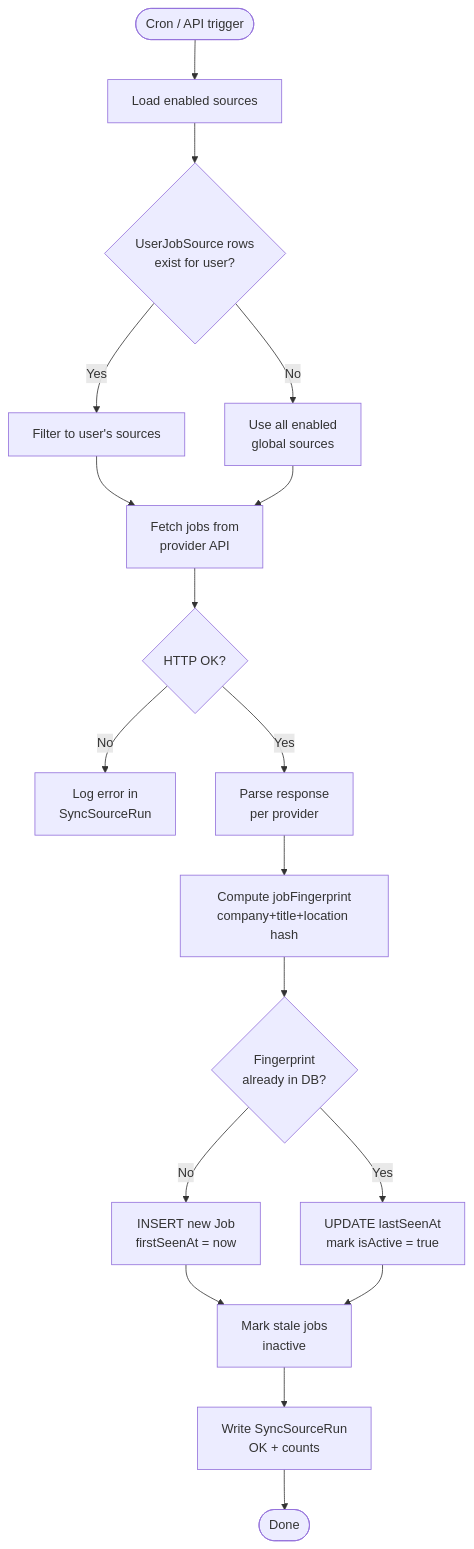
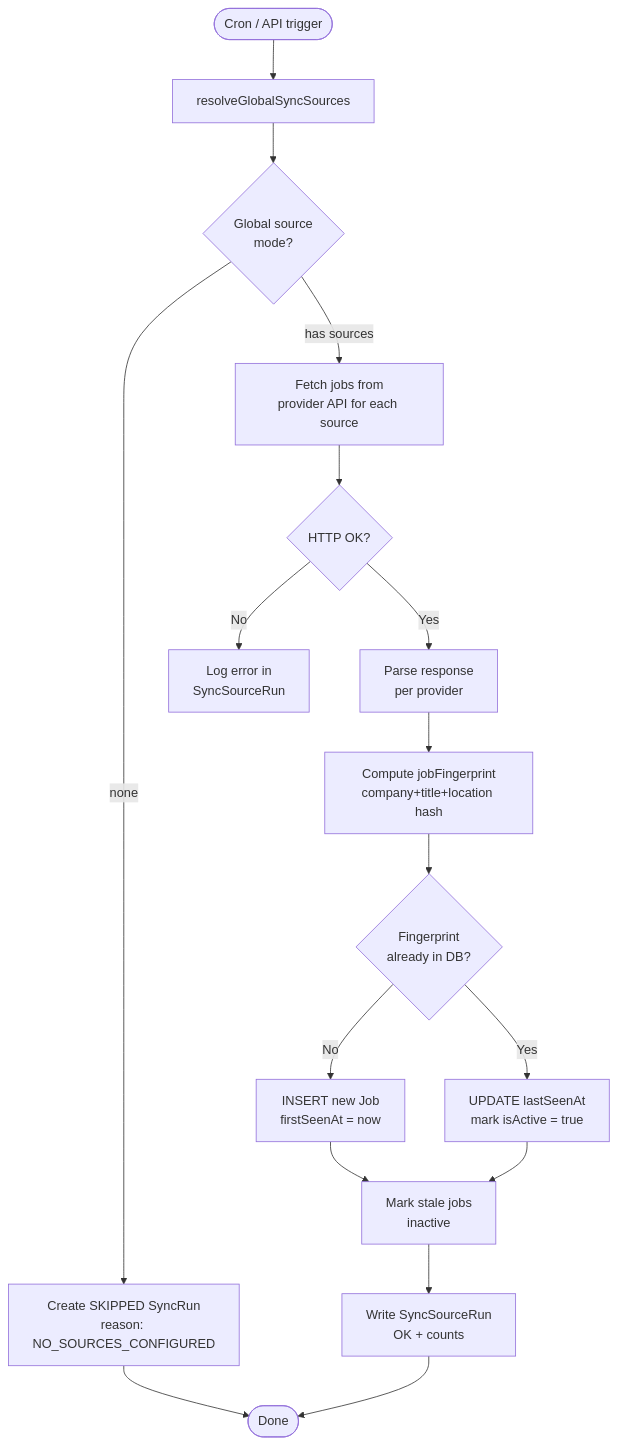
One commit to manasjoshi1/jobradar changed the first of 6 diagrams in docs/JOBRADAR_LOGIC.md. Above: the diagram before and after it, drawn with Mermaid. The commit also changed other lines of this file and 13 other files, not shown here.

First line of the commit message:
Remove silent global source fallback; add explicit opt-in

````diff
--- a/docs/JOBRADAR_LOGIC.md
+++ b/docs/JOBRADAR_LOGIC.md
@@ -11,18 +11,18 @@
 ```mermaid
 flowchart TD
-    A([Cron / API trigger]) --> B[Load enabled sources]
-    B --> C{UserJobSource rows\nexist for user?}
-    C -- Yes --> D[Filter to user's sources]
-    C -- No  --> E[Use all enabled\nglobal sources]
-    D & E --> F[Fetch jobs from\nprovider API]
+    A([Cron / API trigger]) --> SR[resolveGlobalSyncSources]
+    SR --> C{Global source\nmode?}
+    C -- none  --> SK[Create SKIPPED SyncRun\nreason: NO_SOURCES_CONFIGURED]
+    SK --> P([Done])
+    C -- has sources --> F[Fetch jobs from\nprovider API for each source]
     F --> G{HTTP OK?}
     G -- No  --> H[Log error in\nSyncSourceRun]
     G -- Yes --> I[Parse response\nper provider]
     I --> J[Compute jobFingerprint\ncompany+title+location hash]
     J --> K{Fingerprint\nalready in DB?}
     K -- No  --> L[INSERT new Job\nfirstSeenAt = now]
     K -- Yes --> M[UPDATE lastSeenAt\nmark isActive = true]
     L & M --> N[Mark stale jobs\ninactive]
     N --> O[Write SyncSourceRun\nOK + counts]
-    O --> P([Done])
+    O --> P
 ```
````
